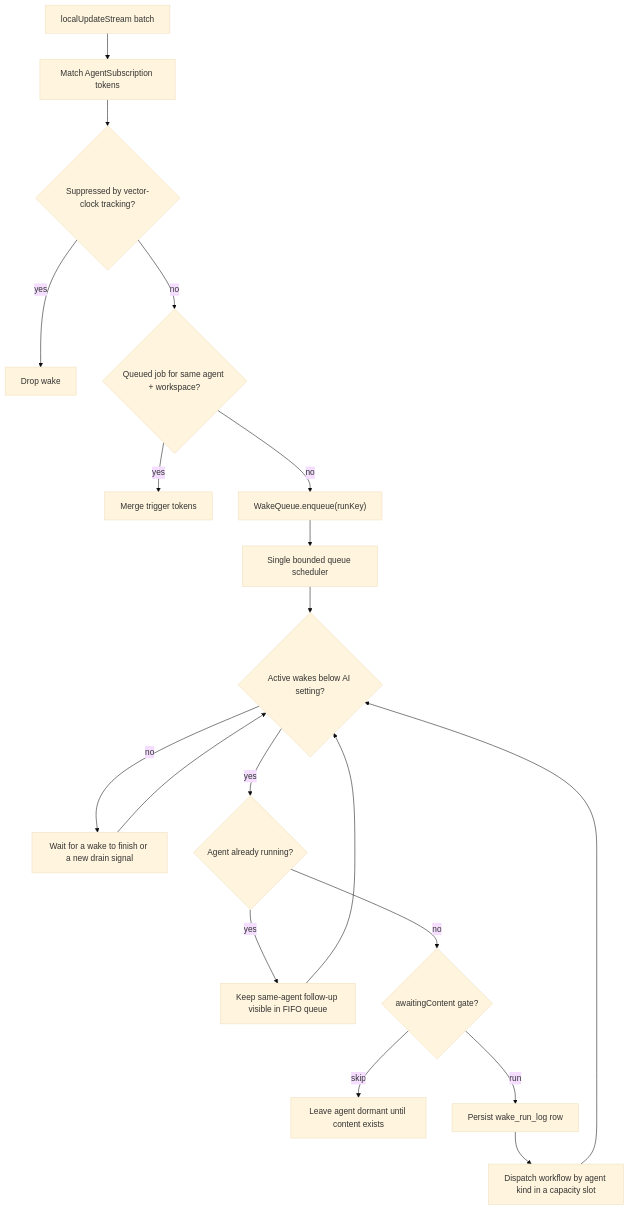
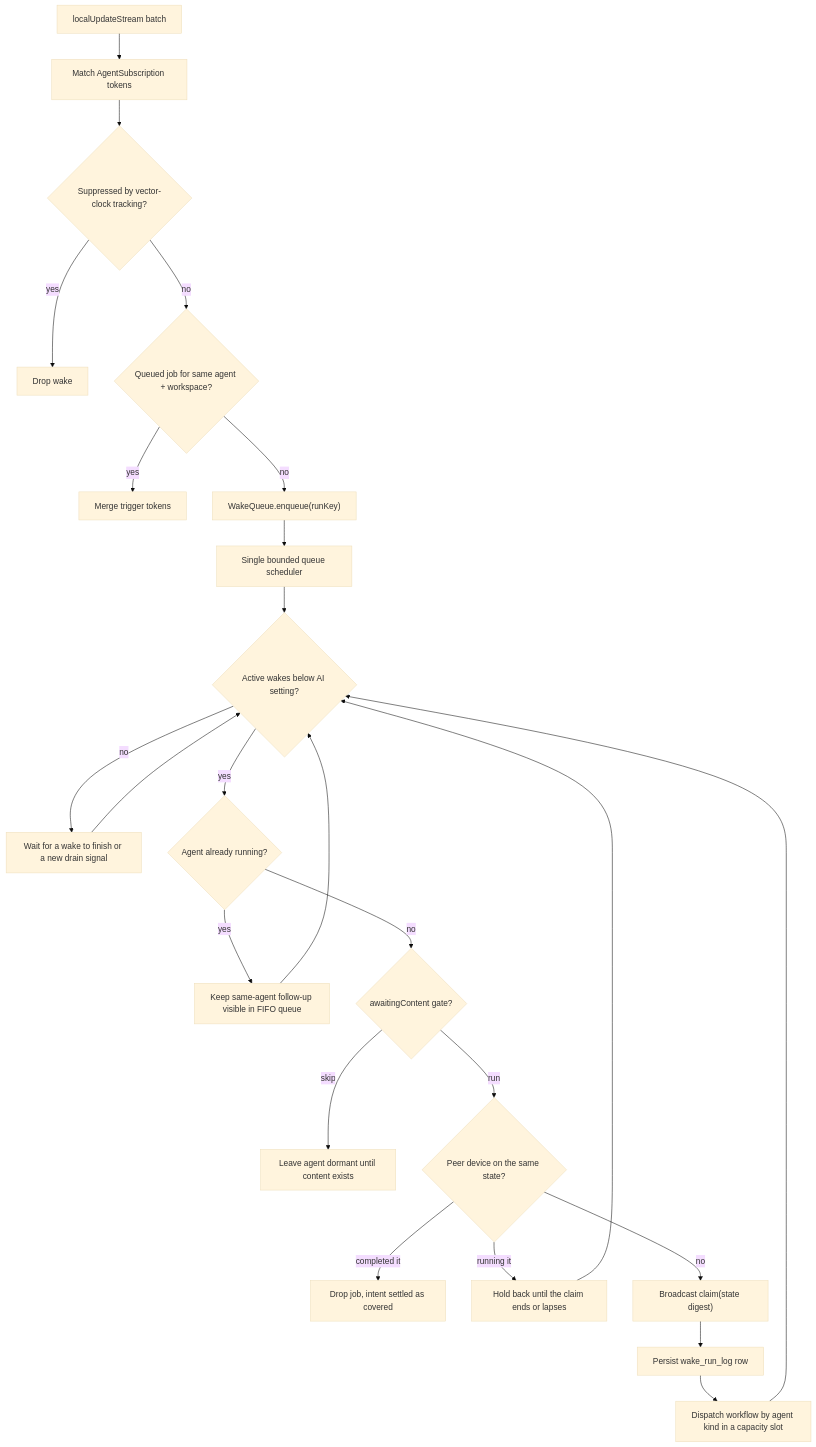
The first of 3 diagrams in knowledge/features/agents/wake-orchestration.md (matthiasn/lotti), drawn with Mermaid (base theme) before and after one commit. The commit also changed other lines of this file and 68 other files, not shown here.

````diff
--- a/knowledge/features/agents/wake-orchestration.md
+++ b/knowledge/features/agents/wake-orchestration.md
@@ -75,21 +87,26 @@
 ```mermaid
 flowchart TD
   Update["localUpdateStream batch"] --> Match["Match AgentSubscription tokens"]
   Match --> Suppress{"Suppressed by vector-clock tracking?"}
   Suppress -->|yes| Drop["Drop wake"]
   Suppress -->|no| Merge{"Queued job for same agent + workspace?"}
   Merge -->|yes| Coalesce["Merge trigger tokens"]
   Merge -->|no| Queue["WakeQueue.enqueue(runKey)"]
   Queue --> Drain["Single bounded queue scheduler"]
   Drain --> Capacity{"Active wakes below AI setting?"}
   Capacity -->|no| WaitSlot["Wait for a wake to finish or a new drain signal"]
   WaitSlot --> Capacity
   Capacity -->|yes| Busy{"Agent already running?"}
   Busy -->|yes| KeepQueued["Keep same-agent follow-up visible in FIFO queue"]
   KeepQueued --> Capacity
   Busy -->|no| Content{"awaitingContent gate?"}
   Content -->|skip| Wait["Leave agent dormant until content exists"]
-  Content -->|run| Persist["Persist wake_run_log row"]
+  Content -->|run| Coord{"Peer device on the same state?"}
+  Coord -->|completed it| Covered["Drop job, intent settled as covered"]
+  Coord -->|running it| Defer["Hold back until the claim ends or lapses"]
+  Defer --> Capacity
+  Coord -->|no| Claim["Broadcast claim(state digest)"]
+  Claim --> Persist["Persist wake_run_log row"]
   Persist --> Exec["Dispatch workflow by agent kind in a capacity slot"]
   Exec --> Capacity
 ```
````
